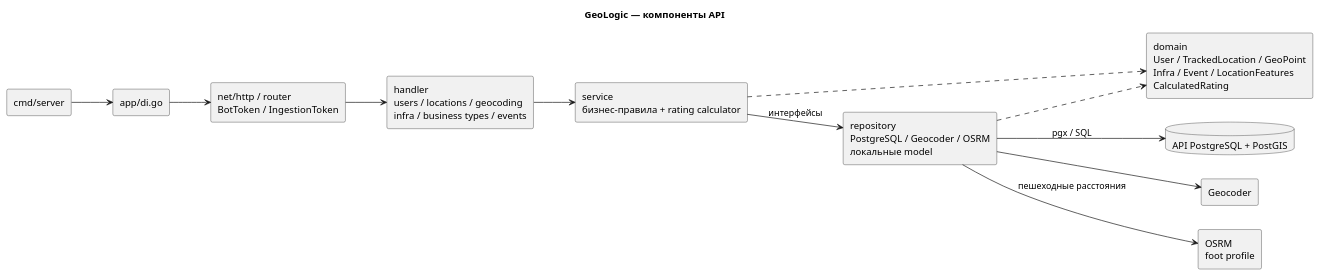
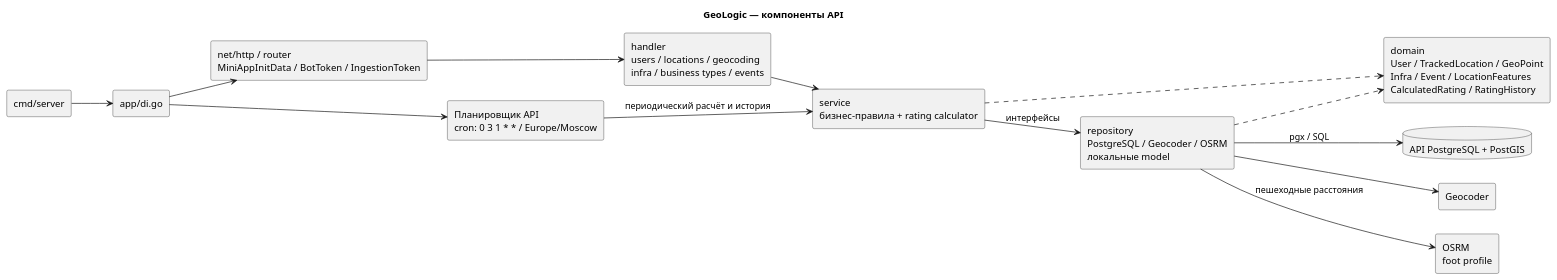
The diagram in docs/diagrams/src/c4-components.puml (kotafan1rich/GeoLogic-Monitor), drawn with PlantUML before and after one commit. The commit also changed 16 other files, not shown here.

```diff
--- a/docs/diagrams/src/c4-components.puml
+++ b/docs/diagrams/src/c4-components.puml
@@ -1,26 +1,29 @@
 @startuml c4-components
 title GeoLogic — компоненты API
 left to right direction
 skinparam componentStyle rectangle
 skinparam shadowing false
 rectangle "cmd/server" as main
 rectangle "app/di.go" as di
-rectangle "net/http / router\nBotToken / IngestionToken" as server
+rectangle "net/http / router\nMiniAppInitData / BotToken / IngestionToken" as server
 rectangle "handler\nusers / locations / geocoding\ninfra / business types / events" as handler
 rectangle "service\nбизнес-правила + rating calculator" as service
 rectangle "repository\nPostgreSQL / Geocoder / OSRM\nлокальные model" as repo
-rectangle "domain\nUser / TrackedLocation / GeoPoint\nInfra / Event / LocationFeatures\nCalculatedRating" as domain
+rectangle "domain\nUser / TrackedLocation / GeoPoint\nInfra / Event / LocationFeatures\nCalculatedRating / RatingHistory" as domain
 database "API PostgreSQL + PostGIS" as db
+rectangle "Планировщик API\ncron: 0 3 1 * * / Europe/Moscow" as scheduler
 rectangle Geocoder as geo
 rectangle "OSRM\nfoot profile" as osrm
 main --> di
+di --> scheduler
+scheduler --> service : периодический расчёт и история
 di --> server
 server --> handler
 handler --> service
 service --> repo : интерфейсы
 service ..> domain
 repo ..> domain
 repo --> db : pgx / SQL
 repo --> geo
 repo --> osrm : пешеходные расстояния
 @enduml
```
